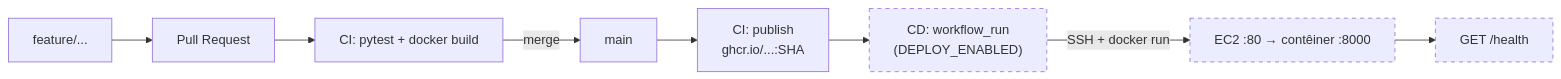
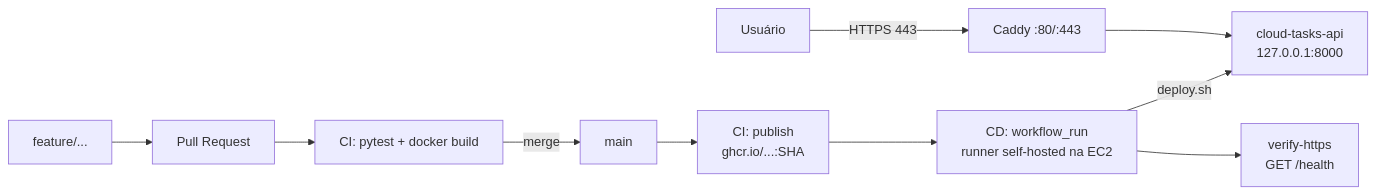
The diagram in README.md (jpontesdev/Computacao-em-Nuvem), drawn with Mermaid before and after one commit. The commit also changed other lines of this file and 3 other files, not shown here.

````diff
--- a/README.md
+++ b/README.md
@@ -32,12 +32,12 @@
 ```mermaid
 flowchart LR
     Dev[feature/...] --> PR[Pull Request]
     PR --> CI["CI: pytest + docker build"]
     CI -->|merge| Main[main]
     Main --> Pub["CI: publish<br/>ghcr.io/...:SHA"]
-    Pub --> CD["CD: workflow_run<br/>(DEPLOY_ENABLED)"]
-    CD -->|SSH + docker run| EC2["EC2 :80 → contêiner :8000"]
-    EC2 --> H["GET /health"]
-    classDef pend stroke-dasharray:5 5
-    class CD,EC2,H pend
+    Pub --> CD["CD: workflow_run<br/>runner self-hosted na EC2"]
+    CD -->|deploy.sh| APP["cloud-tasks-api<br/>127.0.0.1:8000"]
+    U[Usuário] -->|HTTPS 443| CADDY["Caddy :80/:443"]
+    CADDY --> APP
+    CD --> H["verify-https<br/>GET /health"]
 ```
````
